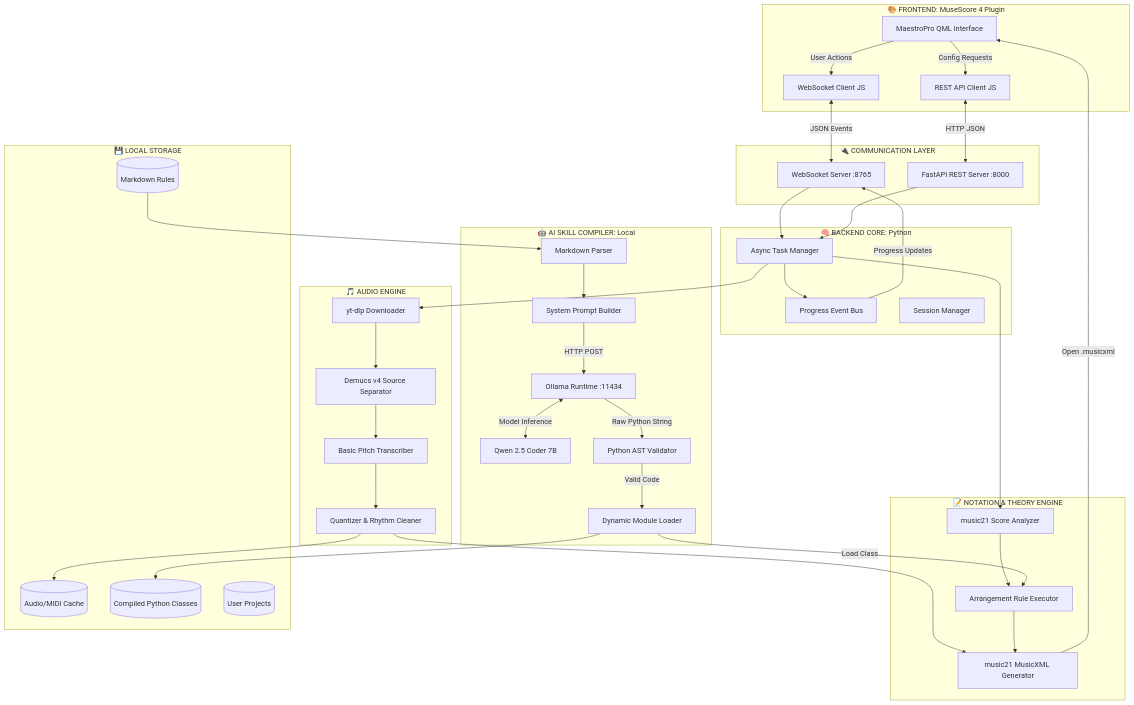
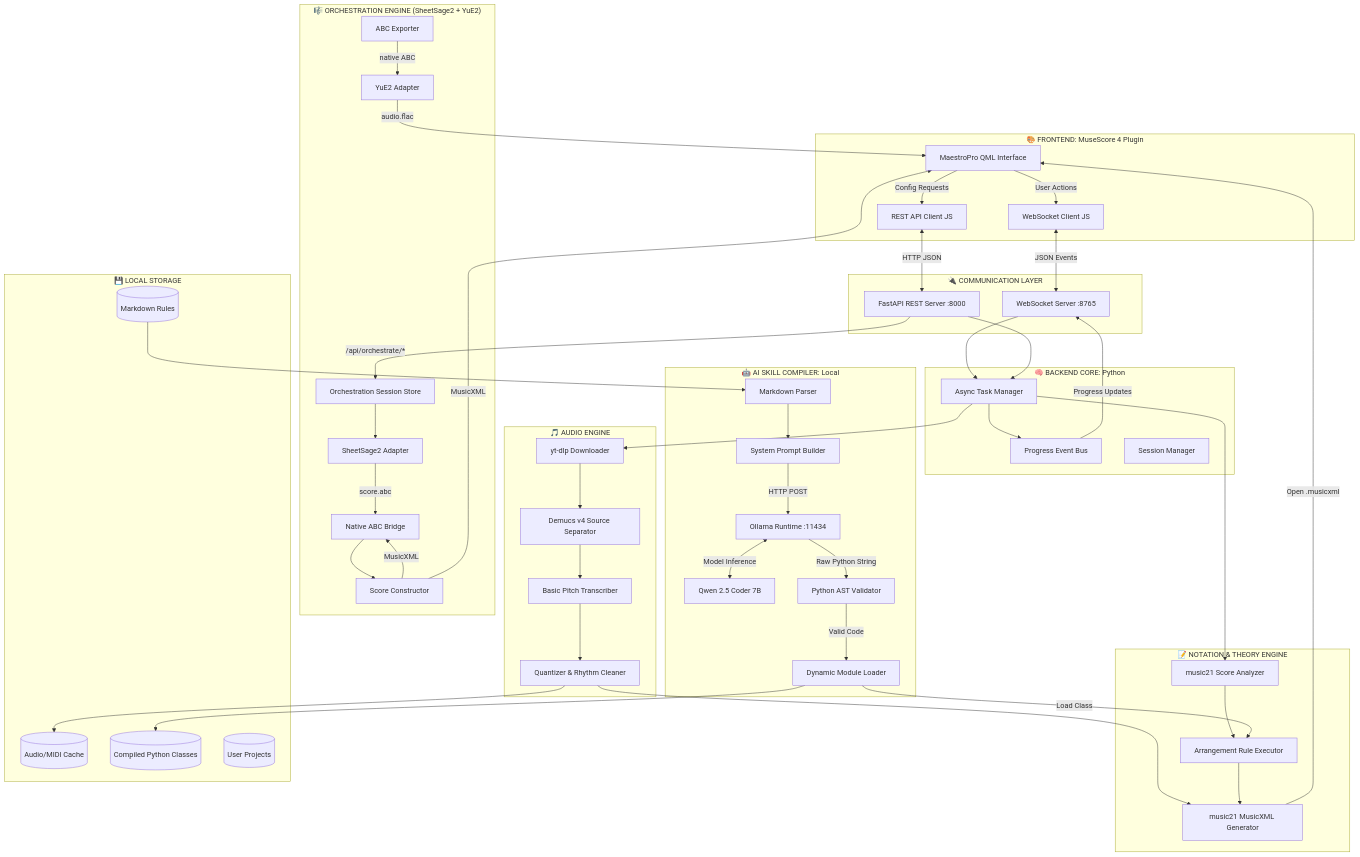
Before and after one commit to bagaswap111/MaestroPro: the first of 5 diagrams in maestropro/docs/architecture.md, drawn with Mermaid. The commit also changed other lines of this file and 20 other files, not shown here.

First line of the commit message:
feat: Integrate SheetSage2 and YuE2 adapters for enhanced orchestration capabilities

````diff
--- a/maestropro/docs/architecture.md
+++ b/maestropro/docs/architecture.md
@@ -106,6 +107,15 @@
         DYN[Dynamic Module Loader]
     end
 
+    subgraph "🎼 ORCHESTRATION ENGINE (SheetSage2 + YuE2)"
+        SS2[SheetSage2 Adapter]
+        ABCB[Native ABC Bridge]
+        SCON[Score Constructor]
+        ABCX[ABC Exporter]
+        YUE[YuE2 Adapter]
+        ORCH[Orchestration Session Store]
+    end
+
     subgraph "💾 LOCAL STORAGE"
         CACHE[(Audio/MIDI Cache)]
         SKILLS_MD[(Markdown Rules)]
@@ -136,4 +146,9 @@
     DYN --> SKILLS_PY
     DYN -->|Load Class| ARR
     SKILLS_MD --> MD
+
+    REST_API -->|/api/orchestrate/*| ORCH
+    ORCH --> SS2 -->|score.abc| ABCB --> SCON -->|MusicXML| ABCB
+    SCON -->|MusicXML| UI
+    ABCX -->|native ABC| YUE -->|audio.flac| UI
 ```
````
